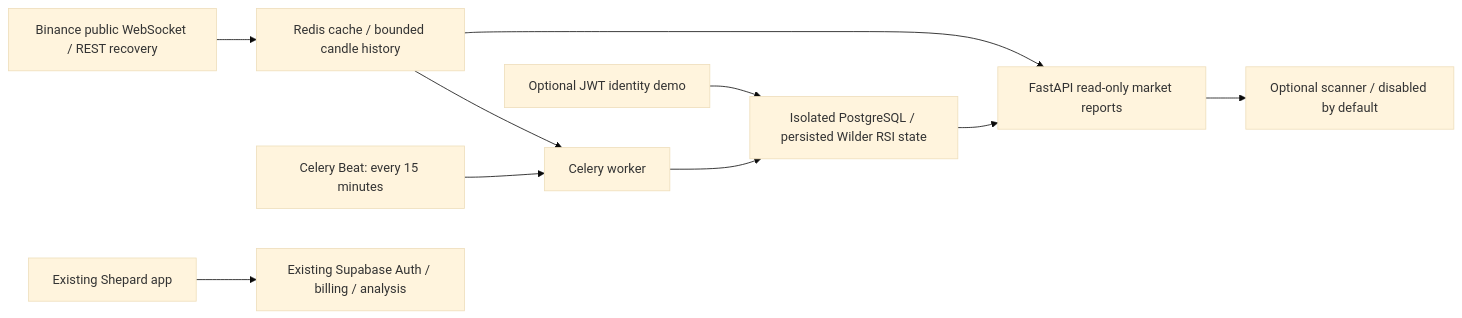
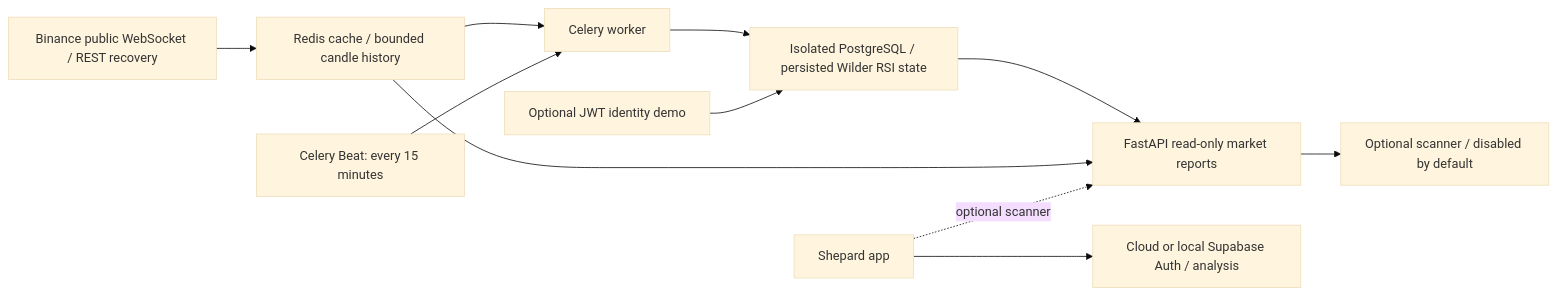
One commit to cobanfurkanx/shepard-engine changed the diagram in README.md. Above: the diagram before and after it, drawn with Mermaid (base theme). The commit also changed other lines of this file and 3 other files, not shown here.

````diff
--- a/README.md
+++ b/README.md
@@ -8,12 +20,13 @@
 ```mermaid
 flowchart LR
   Binance[Binance public WebSocket / REST recovery] --> Redis[Redis cache / bounded candle history]
   Redis --> Worker[Celery worker]
   Beat[Celery Beat: every 15 minutes] --> Worker
   Worker --> PG[Isolated PostgreSQL / persisted Wilder RSI state]
   PG --> API[FastAPI read-only market reports]
   Redis --> API
   API --> Scanner[Optional scanner / disabled by default]
   Demo[Optional JWT identity demo] --> PG
-  App[Existing Shepard app] --> Supabase[Existing Supabase Auth / billing / analysis]
+  App[Shepard app] --> Supabase[Cloud or local Supabase Auth / analysis]
+  App -. optional scanner .-> API
 ```
````
